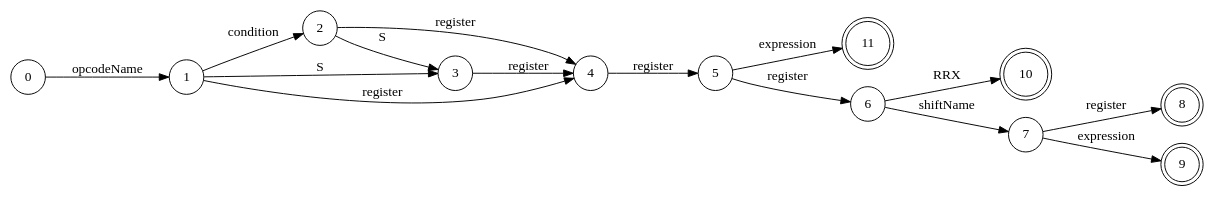
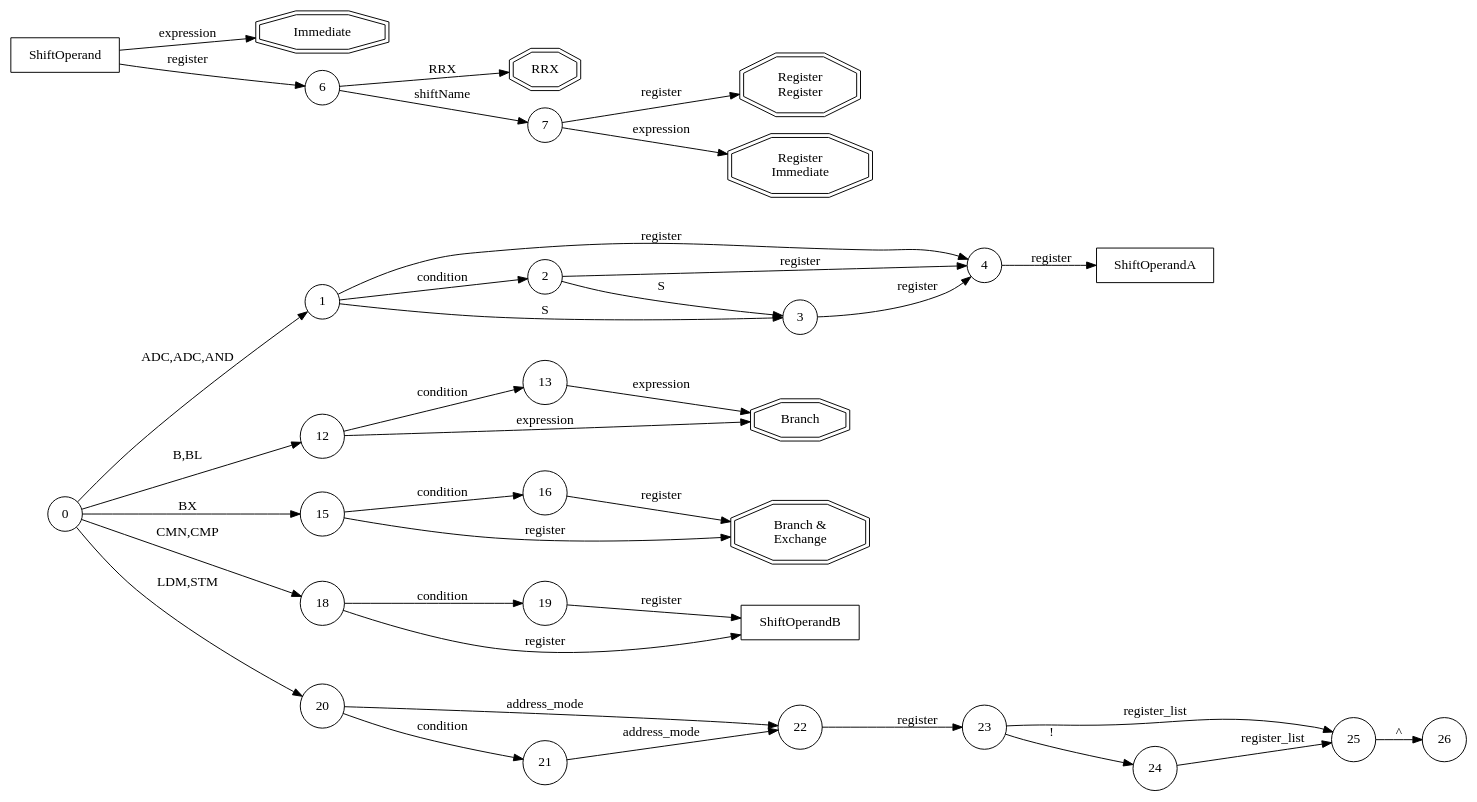
Before and after one commit to dospro/biogba: the diagram in docs/asm_parser/opcode.dot, drawn with Graphviz. The commit also changed 7 other files, not shown here.

First line of the commit message:
Implemented register list parser for ldm opcode.

```diff
--- a/docs/asm_parser/opcode.dot
+++ b/docs/asm_parser/opcode.dot
@@ -1,21 +1,59 @@
 digraph g {
   rankdir=LR;
-  node [shape = doublecircle]; 11 8 9 10;
+  node [shape = doubleoctagon]; 17 10 11 8 9 14 ;
+  node [shape = box] ShiftOperandA ShiftOperandB ShiftOperand
 	node [shape = circle];
+  
+  17 [label="Branch & \nExchange"]
+  14 [label=Branch]
+  11 [label=Immediate]
+  10 [label=RRX]
+  8 [label="Register\nRegister"]
+  9 [label="Register\nImmediate"]
 
-  0 -> 1 [label=opcodeName]
+  0 -> 1 [label="ADC,ADC,AND"]
   1 -> 2 [label=condition]
   2 -> 3 [label=S]
   1 -> 3 [label=S]
   1 -> 4 [label=register]
   2 -> 4 [label=register]
   3 -> 4 [label=register]
-  4 -> 5 [label=register]
-  5 -> 6 [label=register]
+  4 -> ShiftOperandA [label=register]
+
+  // Shift Operand
+  ShiftOperand -> 6 [label=register]
+  ShiftOperand -> 11 [label=expression]
   6 -> 7 [label=shiftName]
+  6 -> 10 [label=RRX]
   7 -> 8 [label=register]
   7 -> 9 [label=expression]
-  6 -> 10 [label=RRX]
-  5 -> 11 [label=expression]
+
+  // Para Branch
+  0 -> 12 [label="B,BL"]
+  12 -> 13 [label=condition]
+  12 -> 14 [label=expression]
+  13 -> 14 [label=expression]
+
+  0 -> 15 [label="BX"]
+  15 -> 16 [label=condition]
+  15 -> 17 [label=register]
+  16 -> 17 [label=register]
+
+  0 -> 18 [label="CMN,CMP"]
+  18 -> 19 [label=condition]
+  18 -> ShiftOperandB [label=register]
+  19 -> ShiftOperandB [label=register]
+
+  0 -> 20 [label="LDM,STM"]
+  20 -> 21 [label="condition"]
+  21 -> 22 [label="address_mode"]
+  20 -> 22 [label="address_mode"]
+  22 -> 23 [label="register"]
+  23 -> 24 [label="!"]
+  23 -> 25 [label="register_list"]
+  24 -> 25 [label="register_list"]
+  25 -> 26 [label="^"]
+
+
 
 }
```
